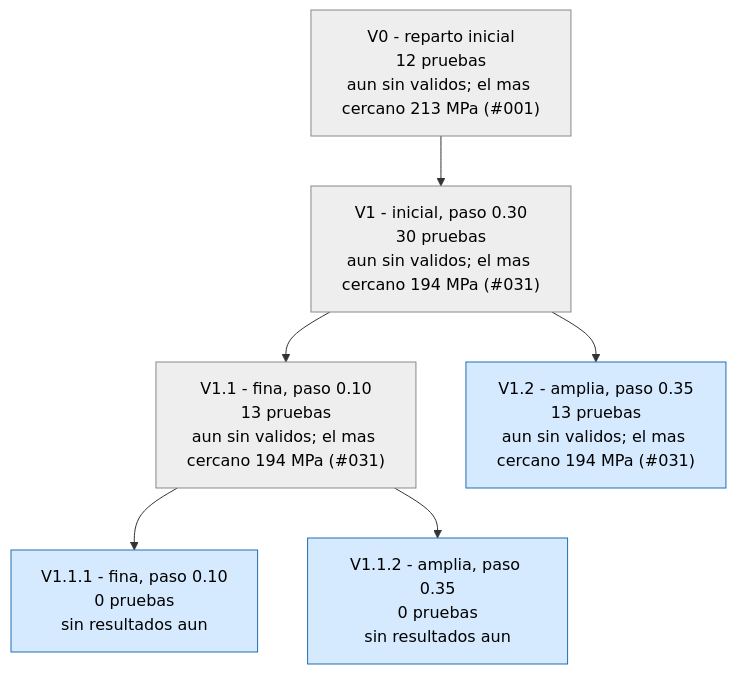
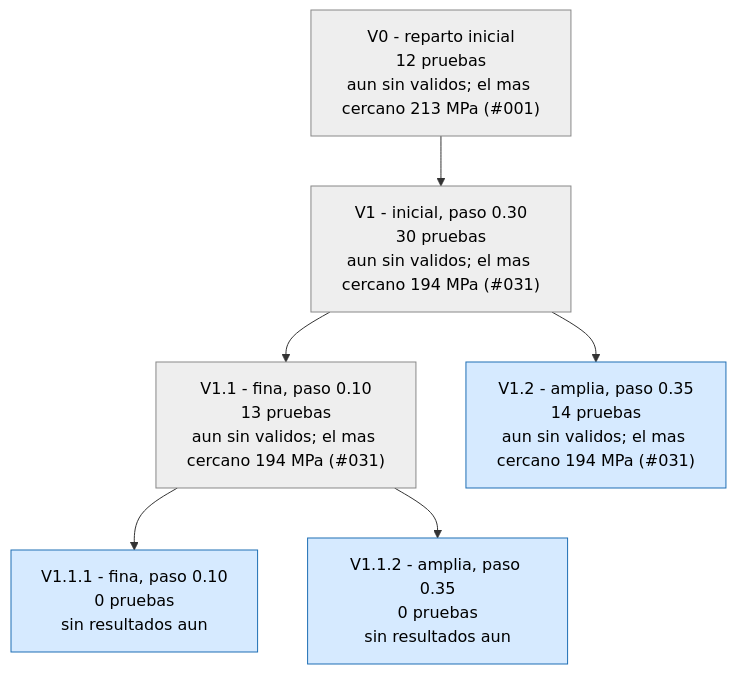
One commit to Hugiko/msd-soporte-optimizacion changed the first of 3 diagrams in runs/opt_37800N/ARBOL.md. Above: the diagram before and after it, drawn with Mermaid. The commit also changed 24 other files, not shown here.

````diff
--- a/runs/opt_37800N/ARBOL.md
+++ b/runs/opt_37800N/ARBOL.md
@@ -9,17 +9,17 @@
 ```mermaid
 graph TD
 classDef activa fill:#d6eaff,stroke:#1f6fb5,color:#000
 classDef fin fill:#eeeeee,stroke:#888,color:#000
 classDef mejor fill:#c8f0c0,stroke:#1a9850,stroke-width:4px,color:#000
 V0["V0 - reparto inicial<br/>12 pruebas<br/>aun sin validos; el mas cercano 213 MPa (#001)"]:::fin
 V1["V1 - inicial, paso 0.30<br/>30 pruebas<br/>aun sin validos; el mas cercano 194 MPa (#031)"]:::fin
 V0 --> V1
 V1_1["V1.1 - fina, paso 0.10<br/>13 pruebas<br/>aun sin validos; el mas cercano 194 MPa (#031)"]:::fin
 V1 --> V1_1
-V1_2["V1.2 - amplia, paso 0.35<br/>13 pruebas<br/>aun sin validos; el mas cercano 194 MPa (#031)"]:::activa
+V1_2["V1.2 - amplia, paso 0.35<br/>14 pruebas<br/>aun sin validos; el mas cercano 194 MPa (#031)"]:::activa
 V1 --> V1_2
 V1_1_1["V1.1.1 - fina, paso 0.10<br/>0 pruebas<br/>sin resultados aun"]:::activa
 V1_1 --> V1_1_1
 V1_1_2["V1.1.2 - amplia, paso 0.35<br/>0 pruebas<br/>sin resultados aun"]:::activa
 V1_1 --> V1_1_2
 ```
````
